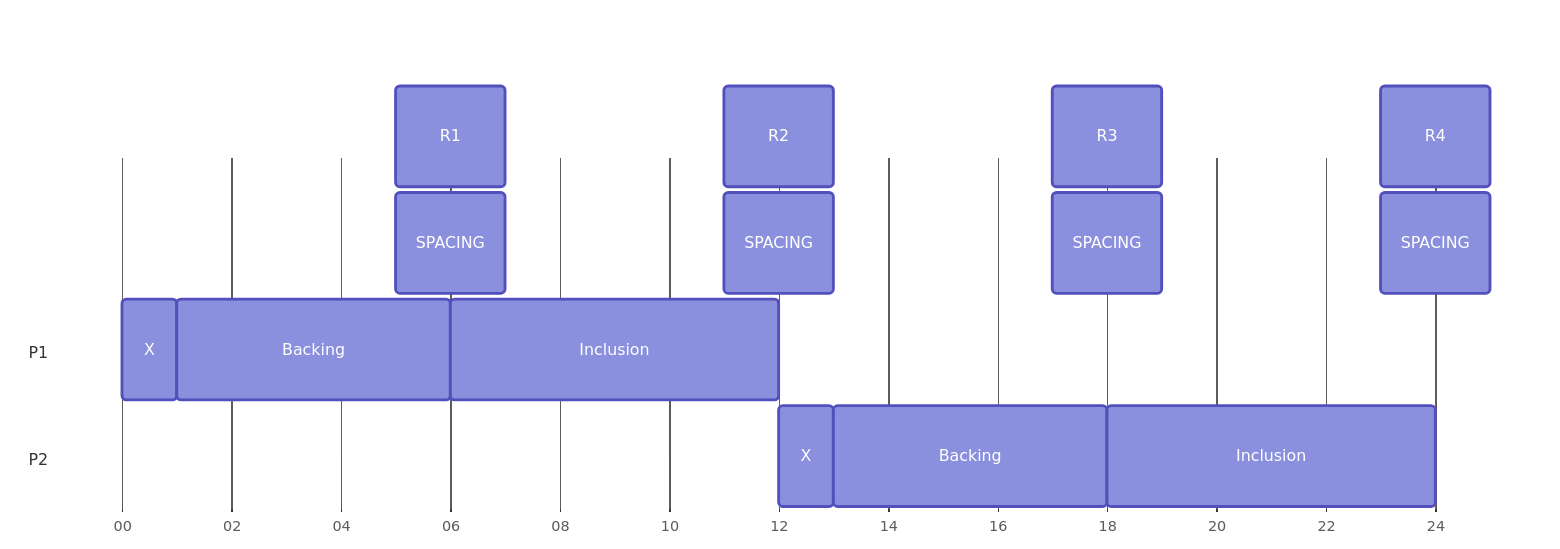
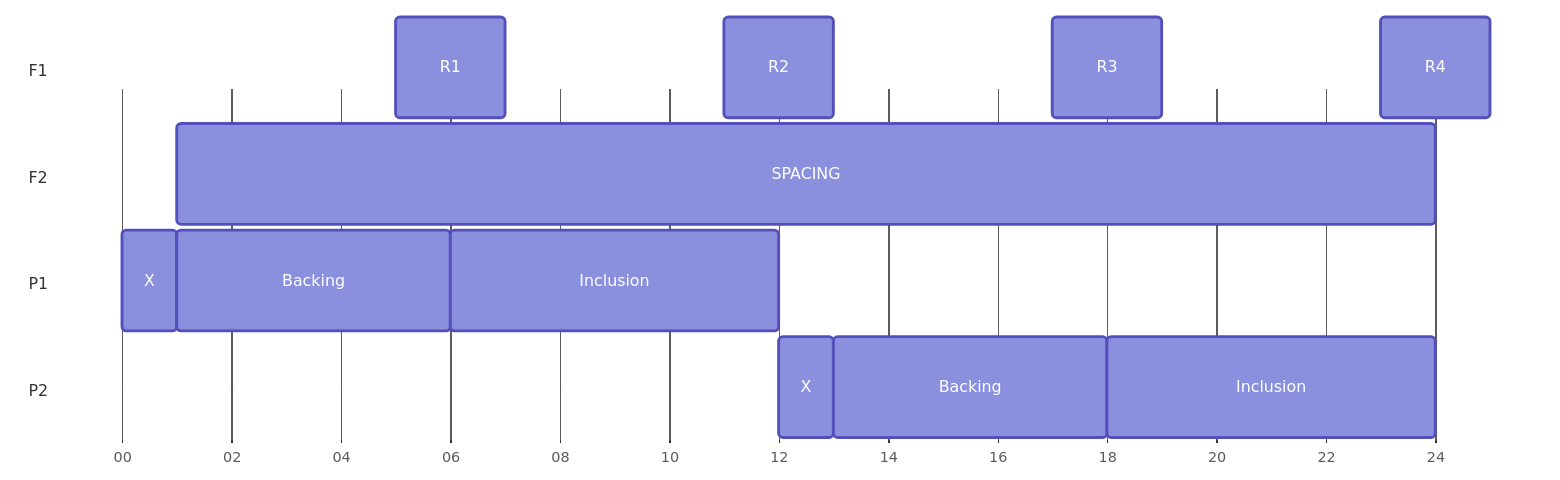
The first of 3 diagrams in reference/parachains/consensus/async-backing.md (polkadot-developers/polkadot-docs), drawn with Mermaid before and after one commit. The commit also changed other lines of this file and 3 other files, not shown here.

Commit message:
fixed typos pointed out by copilot and updated diagrams

````diff
--- a/reference/parachains/consensus/async-backing.md
+++ b/reference/parachains/consensus/async-backing.md
@@ -24,55 +24,55 @@
 ```mermaid
 ---
     displayMode: compact
     config:
         themeCSS: "
             #item1 { fill: #450693; stroke: #450693; } \n
             #item2 { fill: #8C00FF; stroke: #8C00FF; } \n
             #item3 { fill: #FFC400; stroke: #FFC400; } \n
             #r     { fill: #eb4172; stroke: none; } \n
             #p1padTop { display: none; } \n
 
             /* Hide ALL task labels (inside or outside), across breakpoints */
             text.taskText,
             text.taskTextOutside,
             [class*='taskText'] tspan { display: none !important; } \n
 
             /* Keep outside labels + section titles styled */
             .taskTextOutside, .sectionTitle { fill: #000 !important; color: #000 !important; font-weight: 700; } \n
 
 
             svg { width: 100% !important; height: auto !important; aspect-ratio: 21 / 9; } \n
 
         "
         themeVariables:
             sectionBkgColor: '#fff'
         gantt:
             numberSectionStyles: 1
             barHeight: 70
             gridLineStartPadding: 100
 ---
 gantt
     dateFormat YYYY
     axisFormat %y
     tickInterval '10year'
 
+    section F1
     R1 : r, 1905, 1907
     R2 : r, 1911, 1913
     R3 : r, 1917, 1919
     R4 : r, 1923, 1925
 
-    SPACING : p1padTop, 1905, 1907
-    SPACING : p1padTop, 1911, 1913
-    SPACING : p1padTop, 1917, 1919
-    SPACING : p1padTop, 1923, 1925
+    section F2
+    SPACING : p1padTop, 1901, 1924
+
 
     section P1
     X          : item1, 1900, 1901
     Backing    : item2, 1901, 1906
     Inclusion  : item3, 1906, 1912
 
     section P2
     X          : item1, 1912, 1913
     Backing    : item2, 1913, 1918
     Inclusion  : item3, 1918, 1924
 ```
````
